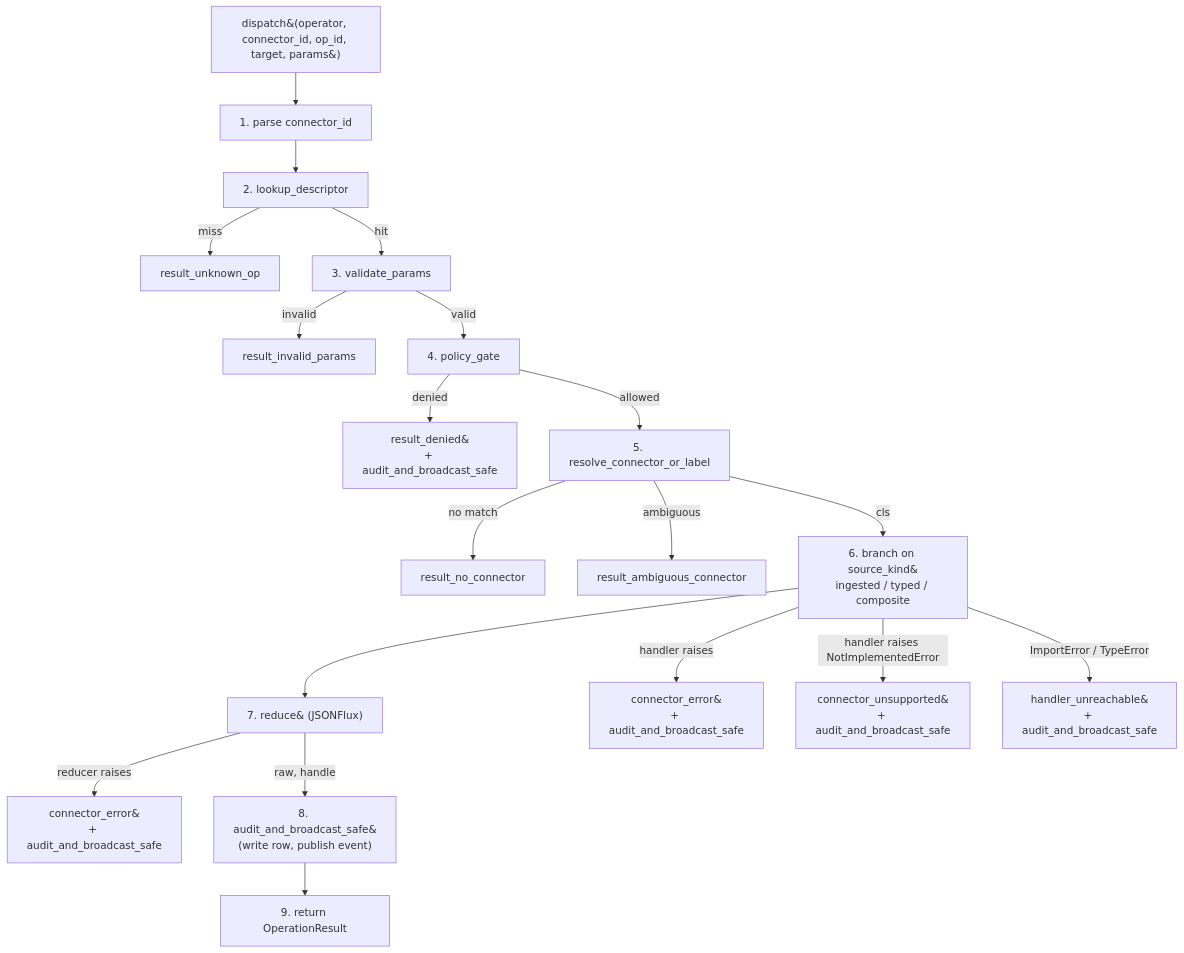
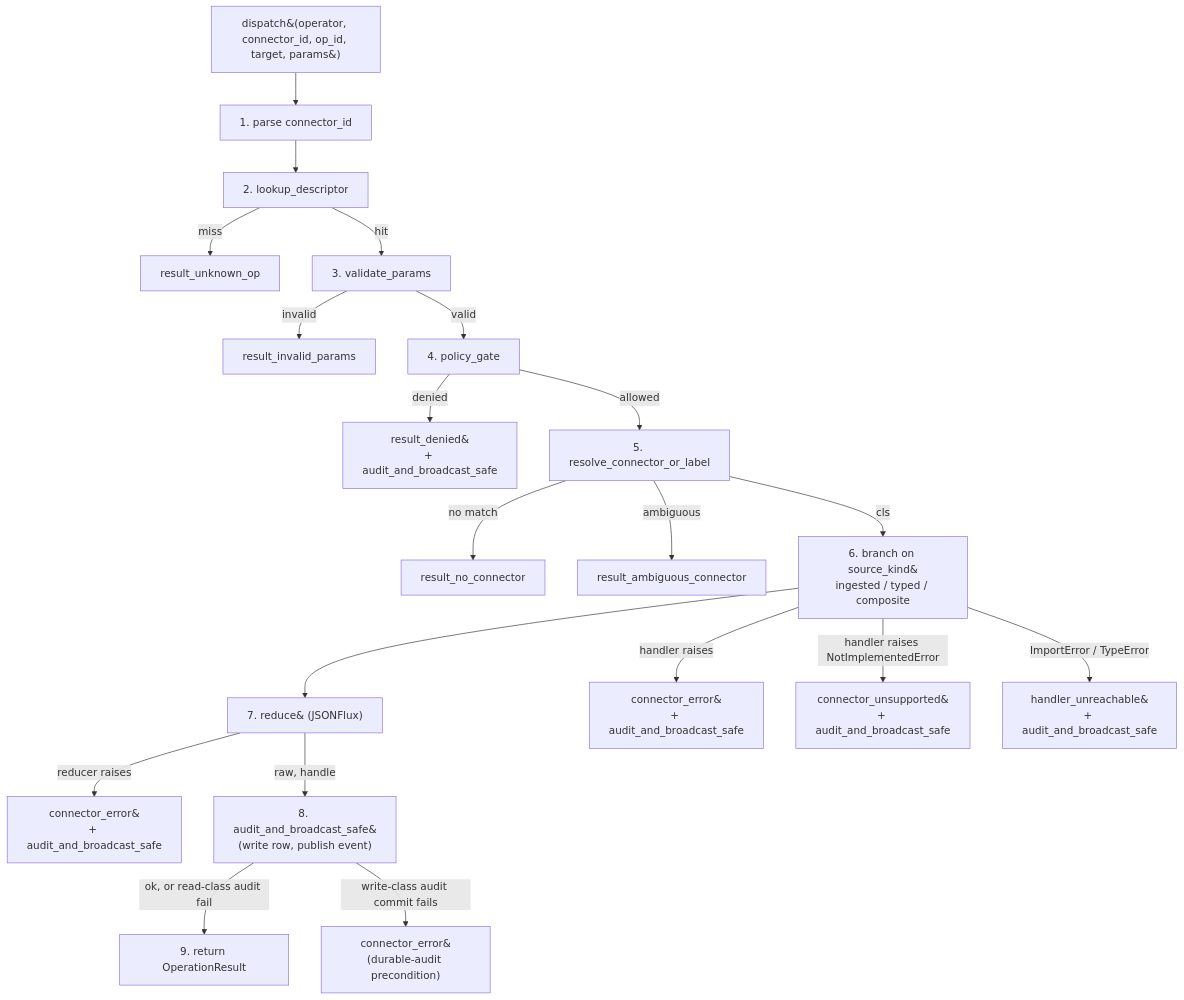
One commit to evoila/meho changed the diagram in docs/architecture/operations-substrate.md. Above: the diagram before and after it, drawn with Mermaid. The commit also changed other lines of this file and 3 other files, not shown here.

First line of the commit message:
fix(operations): fail write-class dispatch closed on audit-commit failure (S07)

````diff
--- a/docs/architecture/operations-substrate.md
+++ b/docs/architecture/operations-substrate.md
@@ -190,21 +190,22 @@
 ```mermaid
 flowchart TD
     A[dispatch&#40;operator, connector_id, op_id, target, params&#41;] --> B[1. parse connector_id]
     B --> C[2. lookup_descriptor]
     C -->|miss| Z1[result_unknown_op]
     C -->|hit| D[3. validate_params]
     D -->|invalid| Z2[result_invalid_params]
     D -->|valid| E[4. policy_gate]
     E -->|denied| Z3["result_denied&#10;+ audit_and_broadcast_safe"]
     E -->|allowed| F["5. resolve_connector_or_label"]
     F -->|no match| Z4[result_no_connector]
     F -->|ambiguous| Z4a[result_ambiguous_connector]
     F -->|cls| G["6. branch on source_kind&#10;ingested / typed / composite"]
     G --> H["7. reduce&#10;(JSONFlux)"]
     H -->|reducer raises| Z5["connector_error&#10;+ audit_and_broadcast_safe"]
     H -->|raw, handle| I["8. audit_and_broadcast_safe&#10;(write row, publish event)"]
-    I --> J[9. return OperationResult]
+    I -->|ok, or read-class audit fail| J[9. return OperationResult]
+    I -->|write-class audit commit fails| Z8["connector_error&#10;(durable-audit precondition)"]
     G -->|handler raises| Z6["connector_error&#10;+ audit_and_broadcast_safe"]
     G -->|handler raises NotImplementedError| Z6a["connector_unsupported&#10;+ audit_and_broadcast_safe"]
     G -->|ImportError / TypeError| Z7["handler_unreachable&#10;+ audit_and_broadcast_safe"]
 ```
````
